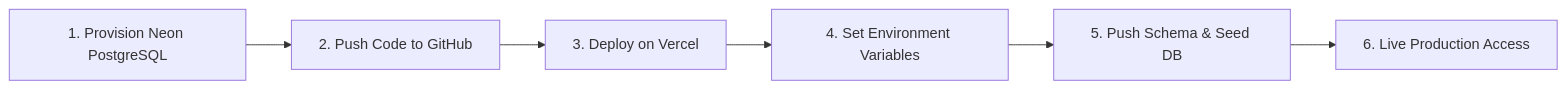
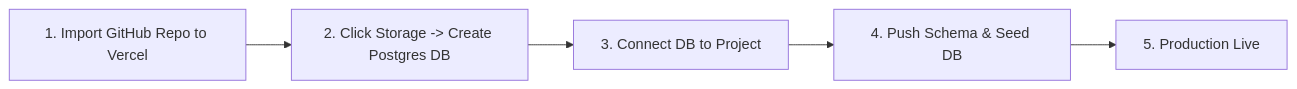
The diagram in DEPLOYMENT.md (wessam360/Wessam-Learning-System-WLS), drawn with Mermaid before and after one commit. The commit also changed other lines of this file and 1 other file, not shown here.

Commit message:
production 1.1

````diff
--- a/DEPLOYMENT.md
+++ b/DEPLOYMENT.md
@@ -9,8 +9,7 @@
 ```mermaid
 flowchart LR
-    A[1. Provision Neon PostgreSQL] --> B[2. Push Code to GitHub]
-    B --> C[3. Deploy on Vercel]
-    C --> D[4. Set Environment Variables]
-    D --> E[5. Push Schema & Seed DB]
-    E --> F[6. Live Production Access]
+    A[1. Import GitHub Repo to Vercel] --> B[2. Click Storage -> Create Postgres DB]
+    B --> C[3. Connect DB to Project]
+    C --> D[4. Push Schema & Seed DB]
+    D --> E[5. Production Live]
 ```
````
